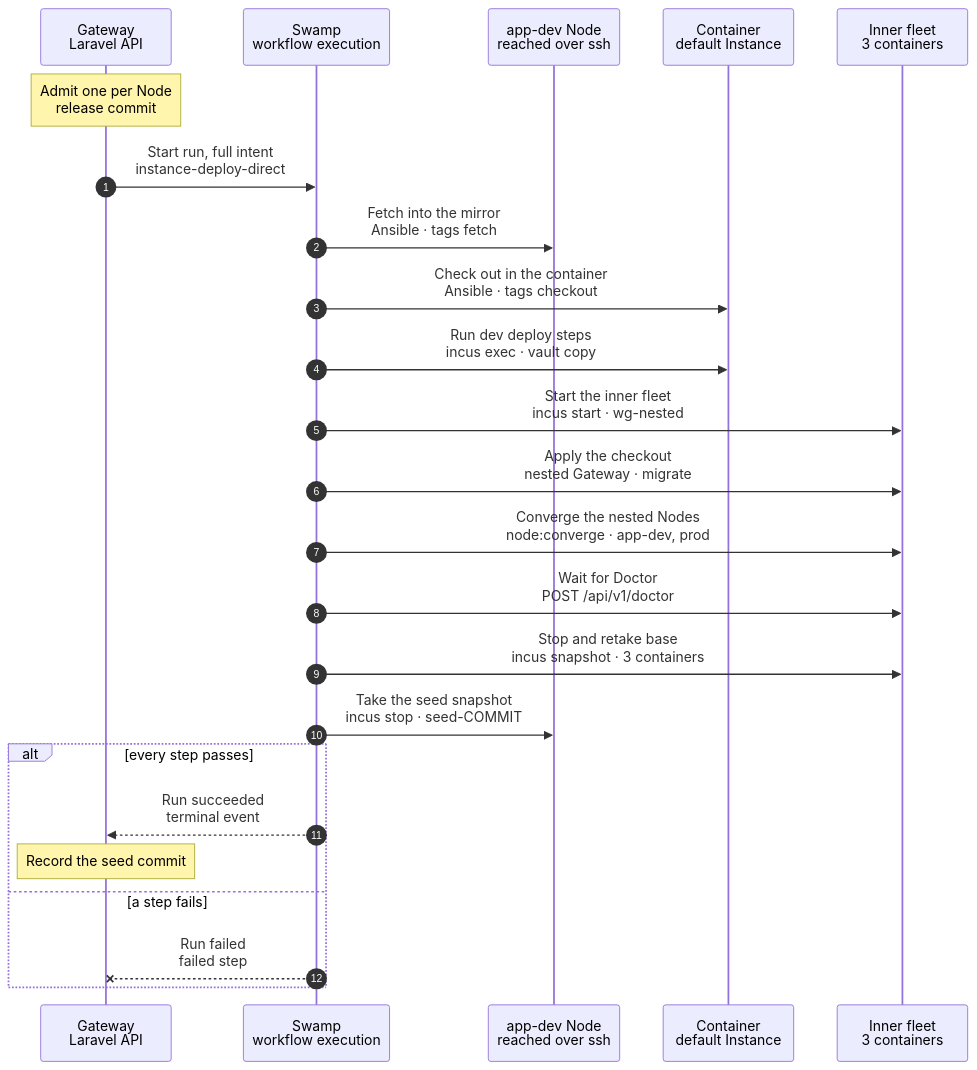
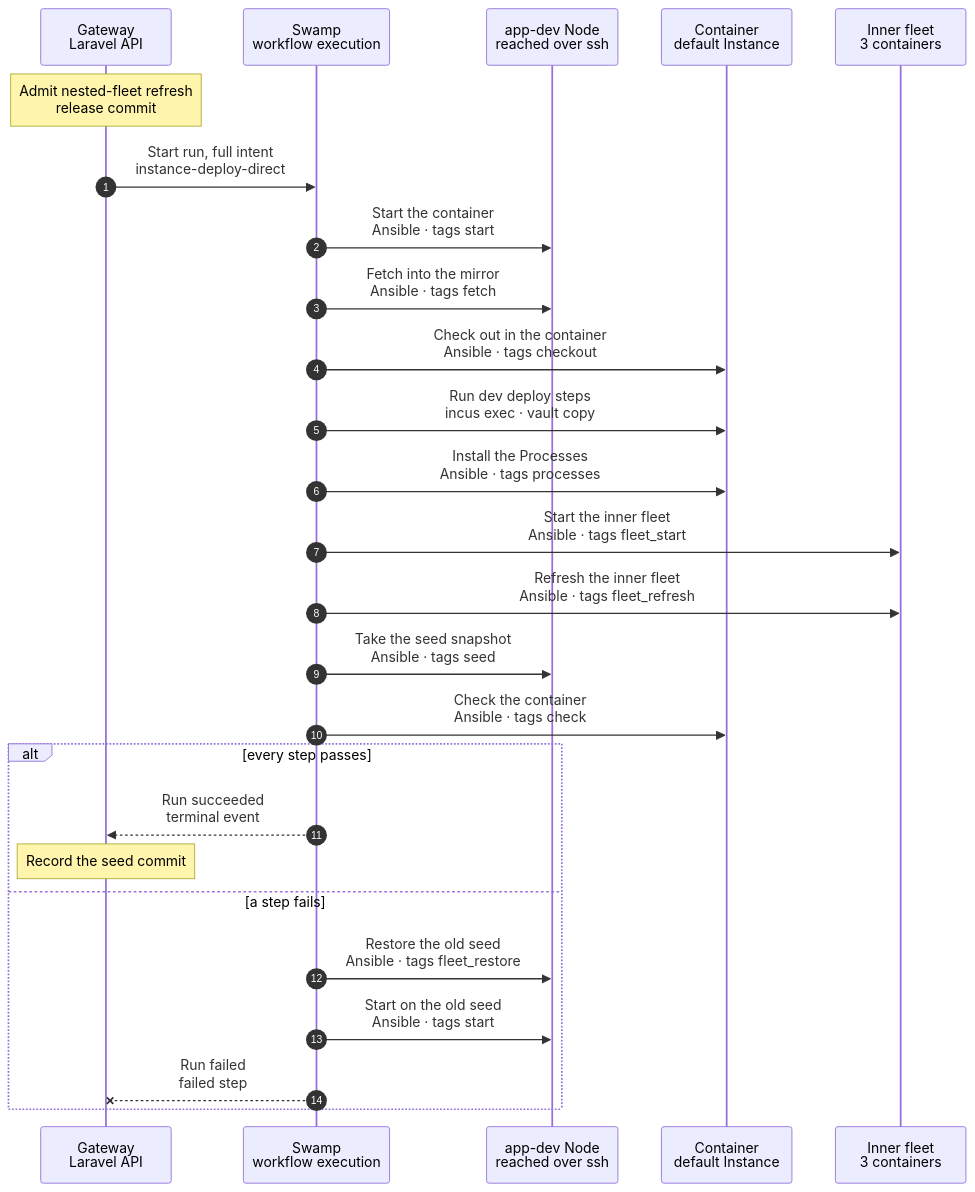
Before and after one commit to hardimpactdev/orbit: the diagram in docs/cli/instance/container/fleet-refresh.mmd, drawn with Mermaid. The commit also changed 27 other files, not shown here.

First line of the commit message:
feat(instances): refresh the nested-fleet default after each release

```diff
--- a/docs/cli/instance/container/fleet-refresh.mmd
+++ b/docs/cli/instance/container/fleet-refresh.mmd
@@ -1,78 +1,72 @@
 sequenceDiagram
-  %% Target design, container runtime (ADR 0250 step 5, docs/reference/development-containers.md#nested-fleet): after each Gateway release, on each Node with the nested-fleet switch, the deployment of the nested-fleet Project's default Instance to the release commit. It refreshes the inner fleet and takes the seed that new Instances and tasks of that Project clone. It replaces the release trigger and the daily run of docs/cli/task/vm-image-refresh.mmd. Planned: nothing of this flow is built.
+  %% Container runtime (ADR 0250 step 5, docs/reference/development-containers.md#refresh-after-a-release): after each Gateway release, the deployment of each nested-fleet default Instance to the release commit. It is `instance.deploy` with the fleet steps that only a nested-fleet default's intent runs. It refreshes the inner fleet and takes the seed that new Instances of that Project clone. For the nested-fleet path it replaces the release trigger and the daily run of docs/cli/task/vm-image-refresh.mmd, and it calls neither.
   %% status: draft
-  %% command: none · after each Gateway release
+  %% command: none · after each Gateway release · instance:deploy on the default runs the same flow
   %% kind: instance.deploy
   autonumber
   %% lane GW icon=gateway pill=intent tone=blue
   %% lane SW icon=workflow pill=executes tone=green
   %% lane N icon=server pill=target tone=amber
   %% lane C icon=server pill=default tone=purple
   %% lane F icon=server pill=fleet tone=gray
   participant GW as Gateway<br/>Laravel API
   participant SW as Swamp<br/>workflow execution
   participant N as app-dev Node<br/>reached over ssh
   participant C as Container<br/>default Instance
   participant F as Inner fleet<br/>3 containers
-  Note over GW: Admit one per Node<br/>release commit
+  Note over GW: Admit nested-fleet refresh<br/>release commit
   %%> Started by:
-  %%> - each verified Gateway release, from its admission step after Horizon starts; the intent holds the release commit
+  %%> - the release step "Admit nested-fleet refresh", after the Gateway is verified and Horizon runs: `instances:refresh-nested-fleets --commit`
   %%> When:
-  %%> - one deployment per Node with the nested-fleet switch on which the nested-fleet Project's default Instance runs
-  %%> - a Node with a clone copy in flight waits until the copy ends: the run replaces the seed that the copy reads
-  %%> - a Node with a refresh open keeps it; the newest release commit waits behind it
+  %%> - one deployment per nested-fleet default whose runtime is in `orbit-instances-nested` on a Node with the nested-fleet switch on
+  %%> - none exists: the step prints one line and admits nothing
+  %%> - a clone of the default is being created: refused, `instance.clone_in_flight`; the next release tries again
+  %%> - a deployment of the default is open: refused by the Instance lock, `operation.target_busy`
+  %%> - the release commit is missing from the Project's repository: the admission's source read refuses it, `project.source_unavailable`
   %%> Result:
-  %%> - best effort: the release admits the run and does not wait for it; a refused admission never fails the release
+  %%> - best effort: the step allows failure and nothing waits for it; the release stays live
   GW->>SW: Start run, full intent<br/>instance-deploy-direct
+  %%> What it does:
+  %%> - the intent carries `fleet` (NestedFleetIntent): the fleet's names, the operator, the checkout path, the egress proxy and the commit of the old seed
+  %%> - the run budget grows by the fleet steps' bounds
+  SW->>N: Start the container<br/>Ansible · tags start
+  %%> What it does:
+  %%> - the one start of a container; the Club key is delivered there, outside the container's disk
   SW->>N: Fetch into the mirror<br/>Ansible · tags fetch
-  %%> What it does:
-  %%> - the same fetch as every container default deployment: the Node's mirror, then a bundle into the container; the token never enters it
   SW->>C: Check out in the container<br/>Ansible · tags checkout
   %%> What it does:
-  %%> - starts the stopped default first; the inner fleet stays stopped
-  %%> - checks out the release commit in `/srv/workspace`
+  %%> - checks out the release commit in `/srv/workspace`; the nested Gateway and app-dev see it through their `checkout` device
   SW->>C: Run dev deploy steps<br/>incus exec · vault copy
+  SW->>C: Install the Processes<br/>Ansible · tags processes
+  SW->>F: Start the inner fleet<br/>Ansible · tags fleet_start
   %%> What it does:
-  %%> - the Project's development deploy steps, as `orbit`: changed dependencies only
-  %%> - the image variant's tools change only with a new image, never here
-  SW->>F: Start the inner fleet<br/>incus start · wg-nested
+  %%> - checks the fleet rules, starts the three nested containers, brings up `wg-nested` with `ip` and `wg`, and waits for Doctor and the three agents
+  SW->>F: Refresh the inner fleet<br/>Ansible · tags fleet_refresh
   %%> What it does:
-  %%> - first places the nested-fleet Swamp Club key from the vault, as a clone does
-  %%> - starts the three nested containers and the operator tunnel
-  %%> Why:
-  %%> - the next steps run through the nested Gateway's own Swamp, which needs the key
-  SW->>F: Apply the checkout<br/>nested Gateway · migrate
-  %%> What it does:
-  %%> - the nested Gateway sees the new checkout through its disk device; Orbit migrates and restarts its services
-  SW->>F: Converge the nested Nodes<br/>node:converge · app-dev, prod
-  %%> What it does:
-  %%> - the nested Gateway converges app-dev, then app-prod, with the release's agent delivery
-  %%> - each must succeed before the next starts
-  SW->>F: Wait for Doctor<br/>POST /api/v1/doctor
-  %%> What it does:
-  %%> - the same check a proof uses: the nested Gateway is healthy and its three agents are online
-  %%> On failure:
-  %%> - no new `base`, no new seed
-  SW->>F: Stop and retake base<br/>incus snapshot · 3 containers
+  %%> - migrates the nested Gateway and restarts its services, converges the base of the three nested Nodes one by one, waits for Doctor
+  %%> - stops the fleet, applies the rules and retakes `base` of the three
   %%> Why:
   %%> - a snapshot of a running container on a directory pool is a file copy, not a consistent state
-  %%> - a restore reverts device and config keys, so `base` is taken after every fleet rule is in place
-  SW->>N: Take the seed snapshot<br/>incus stop · seed-COMMIT
+  SW->>N: Take the seed snapshot<br/>Ansible · tags seed
   %%> What it does:
-  %%> - removes the Club key file, stops the default and snapshots it; ZFS, under 1 s
-  %%> - deletes older seeds that no clone uses
-  %%> Why:
-  %%> - the key is never in `base`, in a seed or in an export
-  %%> - the default stays stopped: a stopped container uses no memory, and the next run starts it
+  %%> - refuses `instance.fleet_key_on_disk` when the Club key path is a file on the container's disk; the key is never read
+  %%> - stops the Processes, snapshots `seed-COMMIT` again even at the same commit, starts them, deletes the older seeds
+  SW->>C: Check the container<br/>Ansible · tags check
   alt every step passes
     SW-->>GW: Run succeeded<br/>terminal event
     Note over GW: Record the seed commit
     %%> Result:
-    %%> - new Instances and tasks of the Project clone the new seed; existing clones keep the fleet they have
+    %%> - new Instances of the Project clone the new seed; existing clones keep the fleet they have
   else a step fails
+    SW->>N: Restore the old seed<br/>Ansible · tags fleet_restore
+    %%> What it does:
+    %%> - stops the container and restores `seed-OLD`, the seed the Gateway recorded at admission
+    %%> - refuses `instance.fleet_seed_missing` when that seed is gone
+    SW->>N: Start on the old seed<br/>Ansible · tags start
+    %%> What it does:
+    %%> - starts it through `start`, so the start delivers what every start delivers
     SW--xGW: Run failed<br/>failed step
     %%> Result:
-    %%> - the Operation names the failed step; the old seed stays the seed, and clones keep copying it
-    %%> - the default stays as the run left it; the next release runs again on it
-    %%> - open: whether a failure also restores the default to the old seed
+    %%> - the Operation names the first failed step and its code, such as `instance.container_fleet_refresh_failed`
+    %%> - the old seed stays the seed; clones keep copying it, and the next release runs again
   end
```
